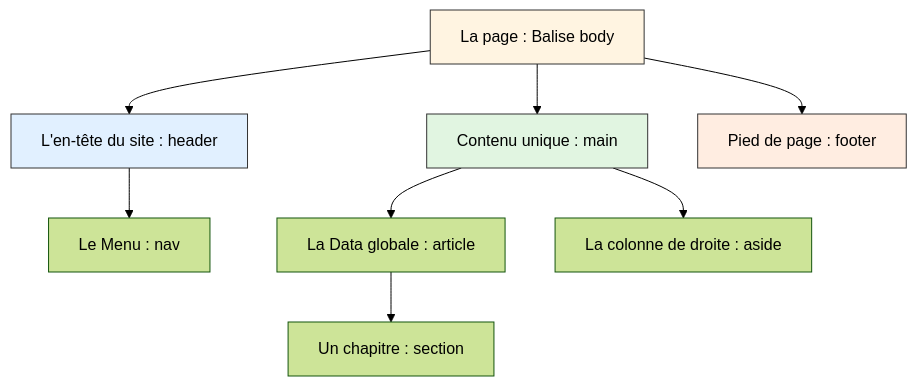
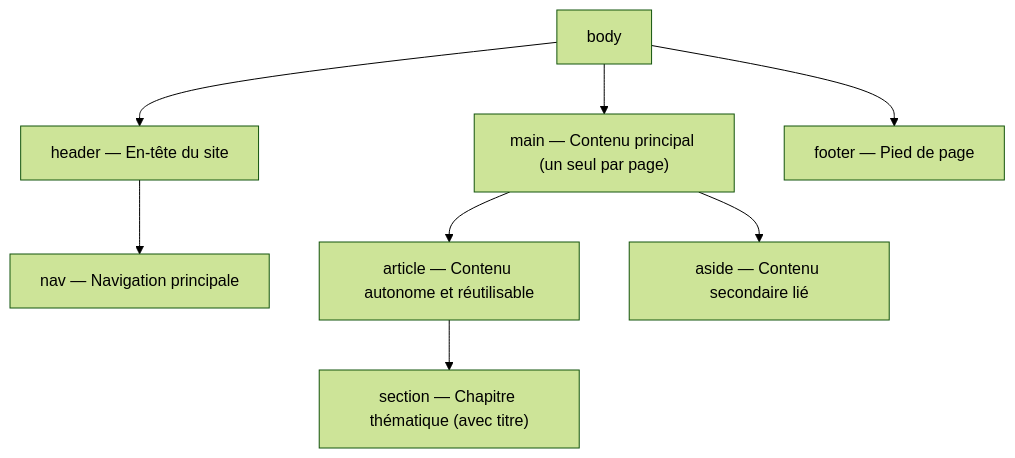
The diagram in docs/dev-cloud/lang/html/06-s-mantique-html5.md (zyrass/omnydocs), drawn with Mermaid (forest theme) before and after one commit. The commit also changed other lines of this file and 765 other files, not shown here.

````diff
--- a/docs/dev-cloud/lang/html/06-s-mantique-html5.md
+++ b/docs/dev-cloud/lang/html/06-s-mantique-html5.md
@@ -35,18 +35,13 @@
 ```mermaid
-graph TD
-    BODY["La page : Balise body"] --> HEADER["L'en-tête du site : header"]
-    BODY --> MAIN["Contenu unique : main"]
-    BODY --> FOOTER["Pied de page : footer"]
+flowchart TD
+    BODY["body"] --> HEADER["header — En-tête du site"]
+    BODY --> MAIN["main — Contenu principal (un seul par page)"]
+    BODY --> FOOTER["footer — Pied de page"]
 
-    HEADER --> NAV["Le Menu : nav"]
-    
-    MAIN --> ARTICLE["La Data globale : article"]
-    MAIN --> ASIDE["La colonne de droite : aside"]
-    
-    ARTICLE --> SECTION["Un chapitre : section"]
+    HEADER --> NAV["nav — Navigation principale"]
 
-    style BODY fill:#fff4e1,stroke:#333
-    style HEADER fill:#e1f0ff,stroke:#333
-    style MAIN fill:#e1f5e1,stroke:#333
-    style FOOTER fill:#ffede1,stroke:#333
+    MAIN --> ARTICLE["article — Contenu autonome et réutilisable"]
+    MAIN --> ASIDE["aside — Contenu secondaire lié"]
+
+    ARTICLE --> SECTION["section — Chapitre thématique (avec titre)"]
 ```
````
